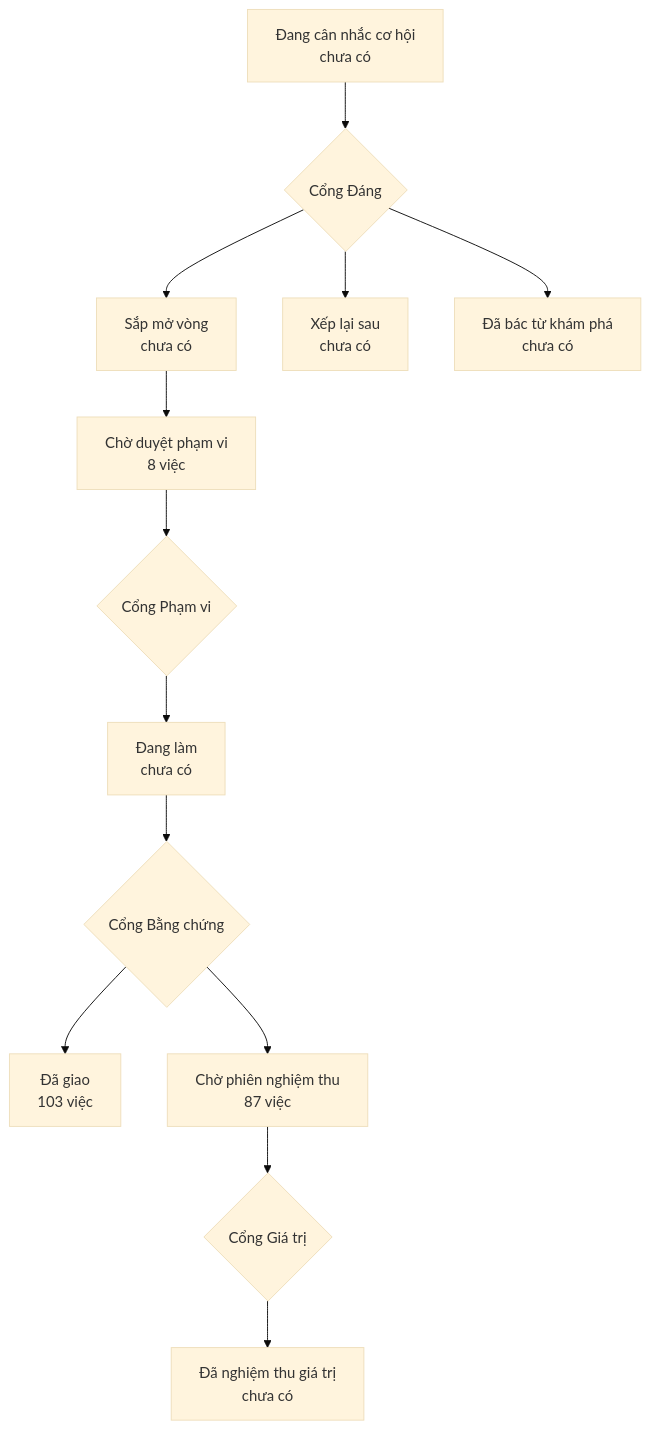
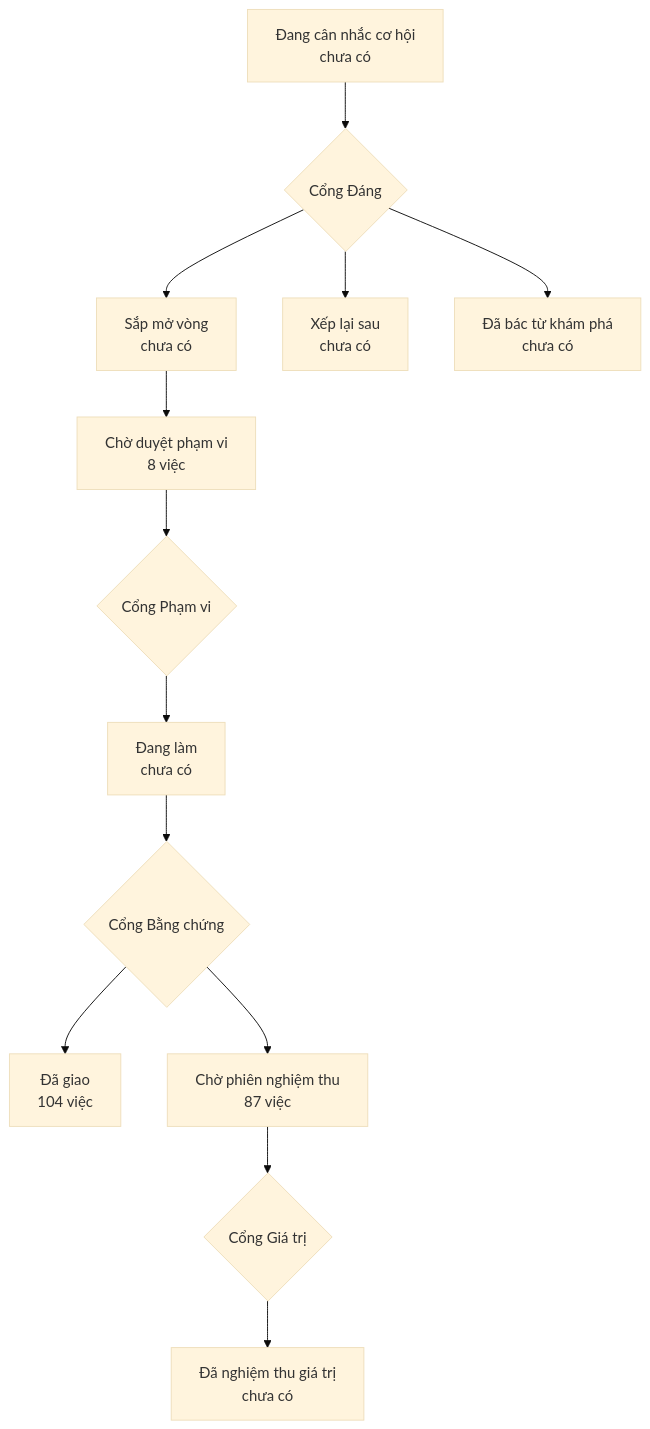
Before and after one commit to phanlemanh/onehub-invest: the diagram in PRODUCT-MAP.md, drawn with Mermaid (base theme). The commit also changed other lines of this file and 1 other file, not shown here.

Commit message:
chore(acceptance): vẽ lại bản đồ sau gộp main

````diff
--- a/PRODUCT-MAP.md
+++ b/PRODUCT-MAP.md
@@ -7,12 +7,12 @@
 ```mermaid
 flowchart TD
   A["Đang cân nhắc cơ hội<br/>chưa có"] --> GD{"Cổng Đáng"}
   GD --> B["Sắp mở vòng<br/>chưa có"]
   GD --> XL["Xếp lại sau<br/>chưa có"]
   GD --> DB["Đã bác từ khám phá<br/>chưa có"]
   B --> CD["Chờ duyệt phạm vi<br/>8 việc"] --> GP{"Cổng Phạm vi"}
   GP --> DL["Đang làm<br/>chưa có"] --> GB{"Cổng Bằng chứng"}
-  GB --> DG["Đã giao<br/>103 việc"]
+  GB --> DG["Đã giao<br/>104 việc"]
   GB --> CN["Chờ phiên nghiệm thu<br/>87 việc"] --> GG{"Cổng Giá trị"}
   GG --> NT["Đã nghiệm thu giá trị<br/>chưa có"]
 ```
````
